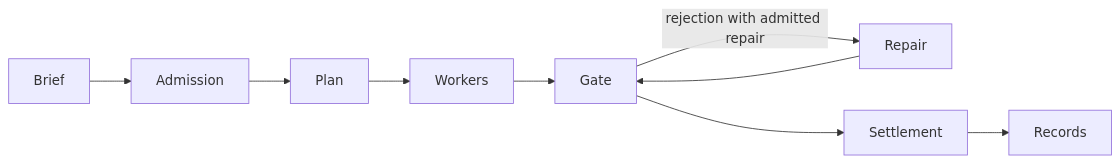
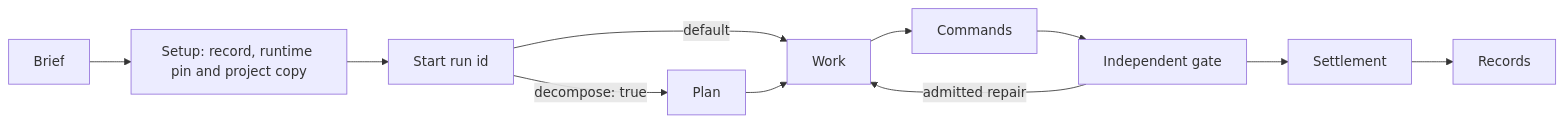
One commit to cuibuaa/flow-crew changed the diagram in guide/architecture.md. Above: the diagram before and after it, drawn with Mermaid. The commit also changed other lines of this file and 854 other files, not shown here.

First line of the commit message:
FlowCrew 0.12.0: a small engine core with frozen judges

````diff
--- a/guide/architecture.md
+++ b/guide/architecture.md
@@ -7,8 +8,13 @@
 ```mermaid
 flowchart LR
-  Brief --> Admission --> Plan
-  Plan --> Workers --> Gate
-  Gate -->|rejection with admitted repair| Repair --> Gate
+  Brief --> Setup[Setup: record, runtime pin and project copy]
+  Setup --> Start[Start run id]
+  Start -->|decompose: true| Plan
+  Start -->|default| Work
+  Plan --> Work
+  Work --> Commands
+  Commands --> Gate[Independent gate]
+  Gate -->|admitted repair| Work
   Gate --> Settlement
   Settlement --> Records
 ```
````
